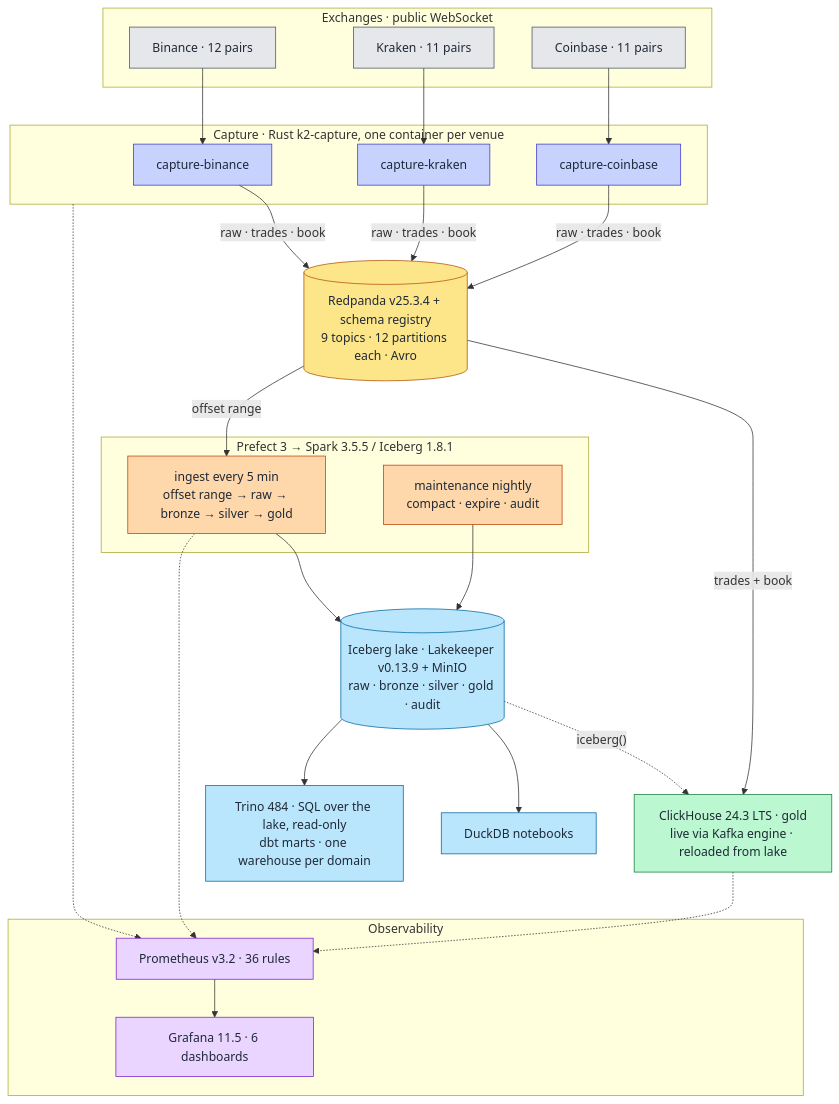
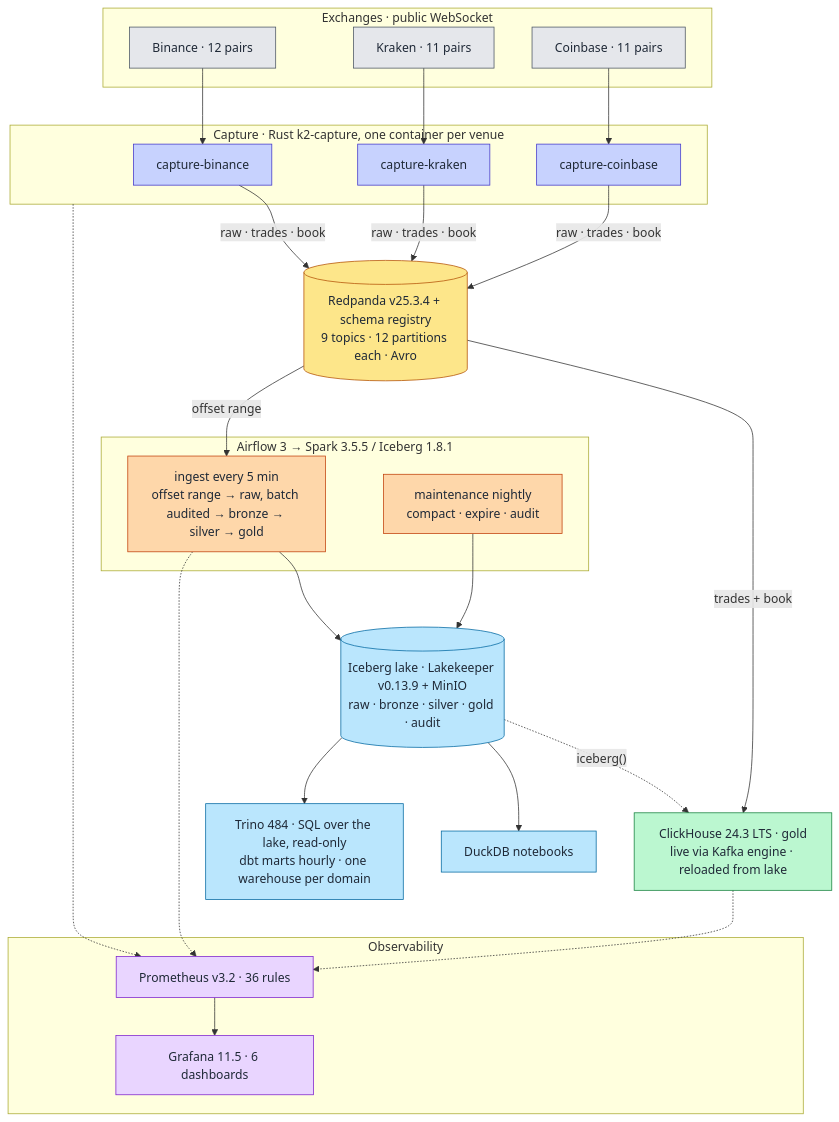
Before and after one commit to rjdscott/k2-market-data-platform: the diagram in docs/architecture/04-system-overview.md, drawn with Mermaid. The commit also changed other lines of this file and 7 other files, not shown here.

First line of the commit message:
docs(architecture): chapters 04, 08, 09, 11, 12, 13, 14 and A1 in line with P3

````diff
--- a/docs/architecture/04-system-overview.md
+++ b/docs/architecture/04-system-overview.md
@@ -28,53 +29,53 @@
 ```mermaid
 flowchart TB
     subgraph EX["Exchanges · public WebSocket"]
         BIN["Binance · 12 pairs"]
         KRK["Kraken · 11 pairs"]
         CBS["Coinbase · 11 pairs"]
     end
     subgraph CAP["Capture · Rust k2-capture, one container per venue"]
         FHB["capture-binance"]
         FHK["capture-kraken"]
         FHC["capture-coinbase"]
     end
     RP[("Redpanda v25.3.4 + schema registry<br/>9 topics · 12 partitions each · Avro")]
-    subgraph BATCH["Prefect 3 → Spark 3.5.5 / Iceberg 1.8.1"]
-        ING["ingest every 5 min<br/>offset range → raw → bronze → silver → gold"]
+    subgraph BATCH["Airflow 3 → Spark 3.5.5 / Iceberg 1.8.1"]
+        ING["ingest every 5 min<br/>offset range → raw, batch audited → bronze → silver → gold"]
         MNT["maintenance nightly<br/>compact · expire · audit"]
     end
     ICE[("Iceberg lake · Lakekeeper v0.13.9 + MinIO<br/>raw · bronze · silver · gold · audit")]
     CH["ClickHouse 24.3 LTS · gold<br/>live via Kafka engine · reloaded from lake"]
     NB["DuckDB notebooks"]
-    TR["Trino 484 · SQL over the lake, read-only<br/>dbt marts · one warehouse per domain"]
+    TR["Trino 484 · SQL over the lake, read-only<br/>dbt marts hourly · one warehouse per domain"]
     subgraph OBS["Observability"]
         PR["Prometheus v3.2 · 36 rules"]
         GR["Grafana 11.5 · 6 dashboards"]
     end
 
     BIN --> FHB
     KRK --> FHK
     CBS --> FHC
     FHB & FHK & FHC -->|"raw · trades · book"| RP
     RP -->|"trades + book"| CH
     RP -->|"offset range"| ING --> ICE
     MNT --> ICE
     ICE -.->|"iceberg()"| CH
     ICE --> NB
     ICE --> TR
     CAP & CH & ING -.-> PR --> GR
 
     classDef ex fill:#e5e7eb,stroke:#4b5563,color:#1f2937
     classDef rs fill:#c7d2fe,stroke:#4338ca,color:#1f2937
     classDef rp fill:#fde68a,stroke:#b45309,color:#1f2937
     classDef ch fill:#bbf7d0,stroke:#15803d,color:#1f2937
     classDef sp fill:#fed7aa,stroke:#c2410c,color:#1f2937
     classDef lk fill:#bae6fd,stroke:#0369a1,color:#1f2937
     classDef ob fill:#e9d5ff,stroke:#7e22ce,color:#1f2937
     class BIN,KRK,CBS ex
     class FHB,FHK,FHC rs
     class RP rp
     class CH ch
     class ING,MNT sp
     class ICE,NB,TR lk
     class PR,GR ob
 ```
````
